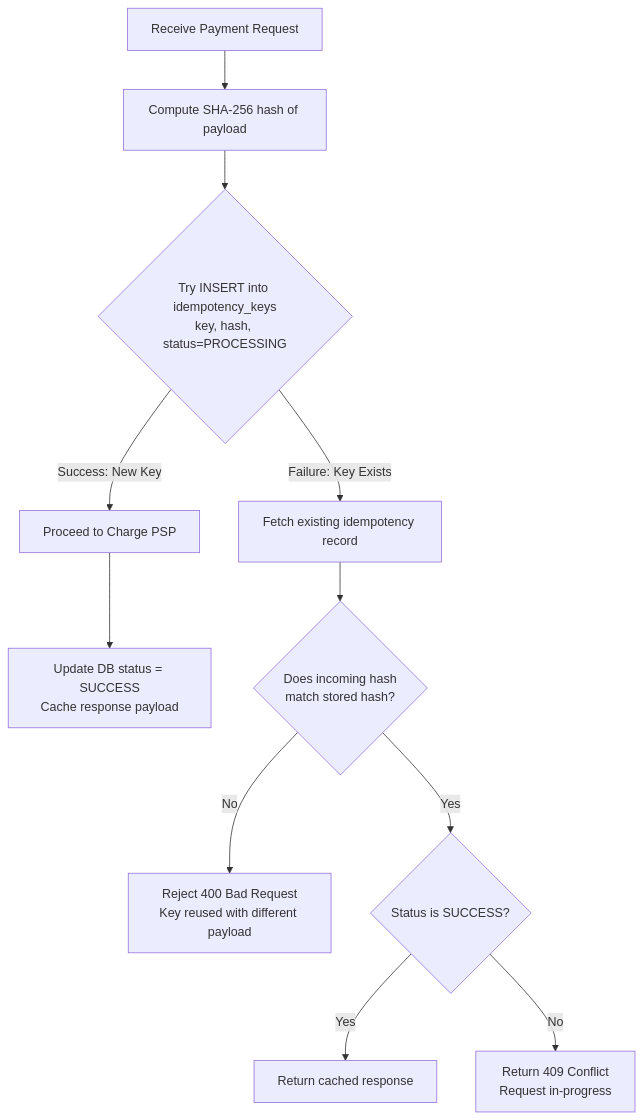
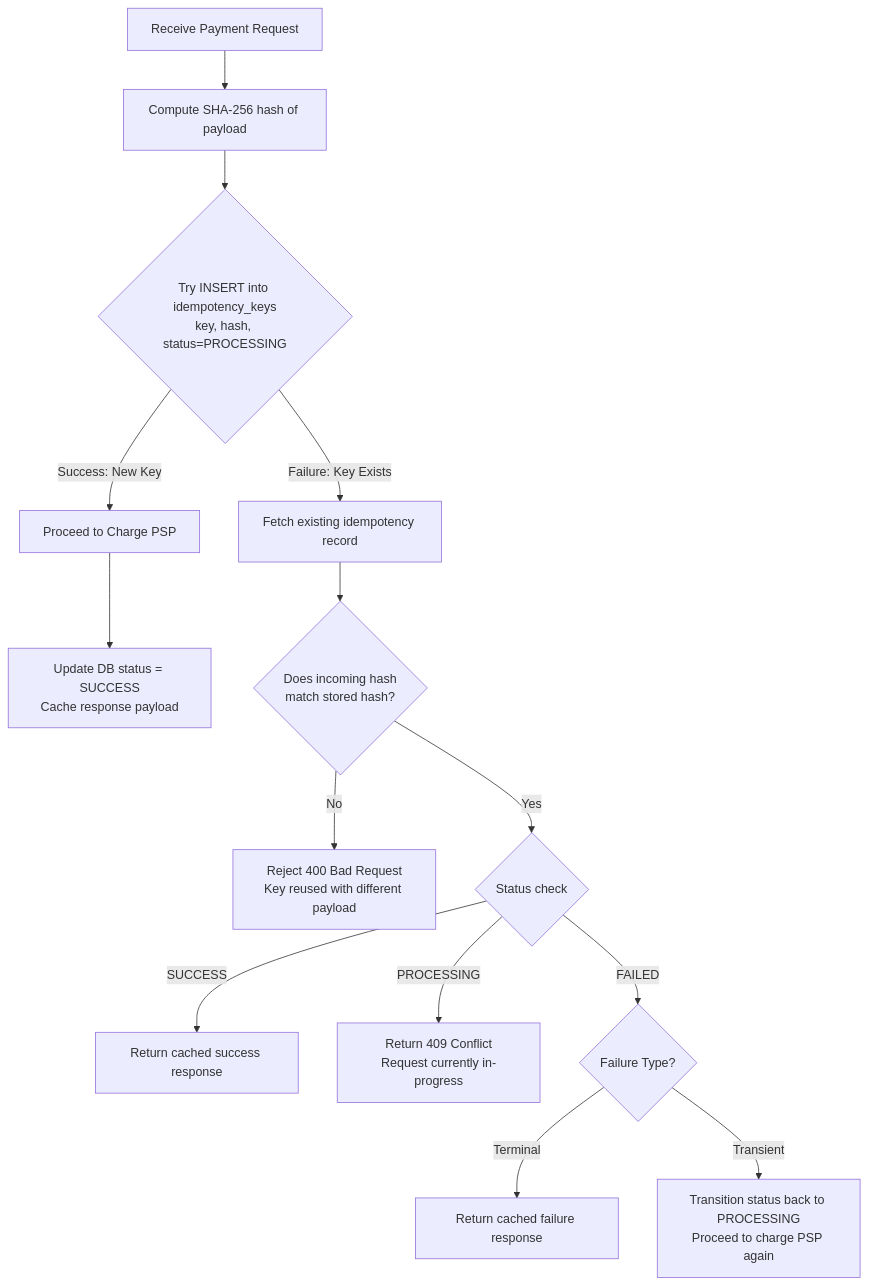
Before and after one commit to rohit9123/Personal-project: the second of 5 diagrams in hld/problems/payment-system.md, drawn with Mermaid. The commit also changed other lines of this file and 3 other files, not shown here.

````diff
--- a/hld/problems/payment-system.md
+++ b/hld/problems/payment-system.md
@@ -122,17 +124,21 @@
 ```mermaid
 flowchart TD
     Start[Receive Payment Request] --> HashPayload[Compute SHA-256 hash of payload]
     HashPayload --> DBCheck{Try INSERT into idempotency_keys\nkey, hash, status=PROCESSING}
     
     DBCheck -->|Success: New Key| Process[Proceed to Charge PSP]
     Process --> UpdateSuccess[Update DB status = SUCCESS\nCache response payload]
     
     DBCheck -->|Failure: Key Exists| FetchRecord[Fetch existing idempotency record]
     FetchRecord --> HashMatch{Does incoming hash\nmatch stored hash?}
     
     HashMatch -->|No| Reject[Reject 400 Bad Request\nKey reused with different payload]
-    HashMatch -->|Yes| StatusCheck{Status is SUCCESS?}
+    HashMatch -->|Yes| StatusCheck{Status check}
     
-    StatusCheck -->|Yes| ReturnCached[Return cached response]
-    StatusCheck -->|No| RejectConflict[Return 409 Conflict\nRequest in-progress]
+    StatusCheck -->|SUCCESS| ReturnCached[Return cached success response]
+    StatusCheck -->|PROCESSING| RejectConflict[Return 409 Conflict\nRequest currently in-progress]
+    StatusCheck -->|FAILED| ErrorType{Failure Type?}
+    
+    ErrorType -->|Terminal| ReturnCachedFail[Return cached failure response]
+    ErrorType -->|Transient| RetryPayment[Transition status back to PROCESSING\nProceed to charge PSP again]
 ```
````
